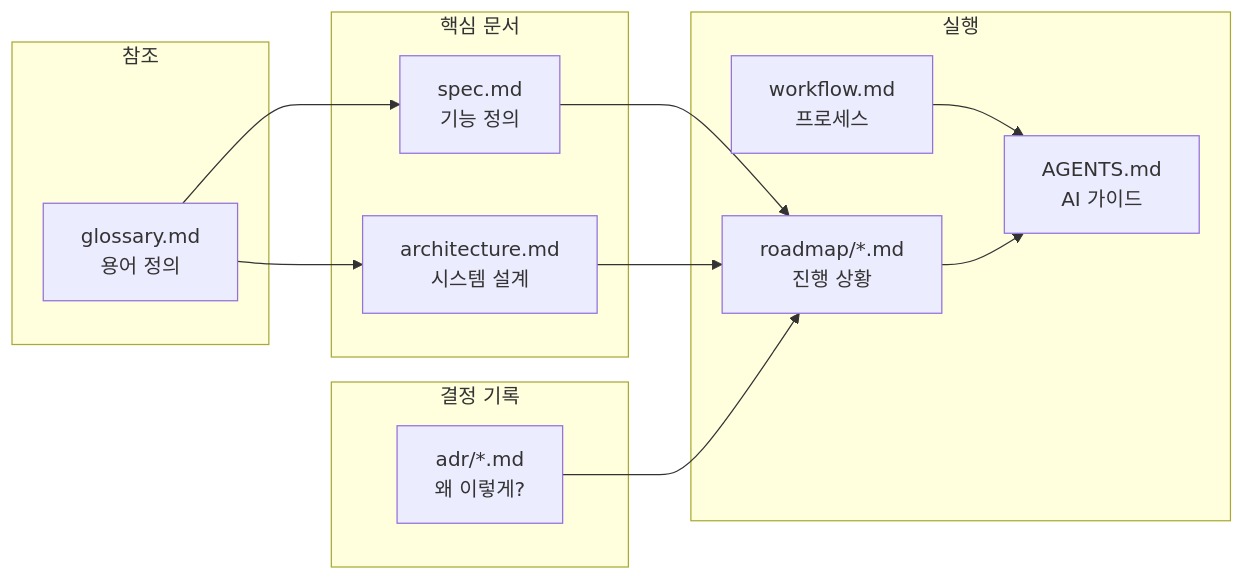
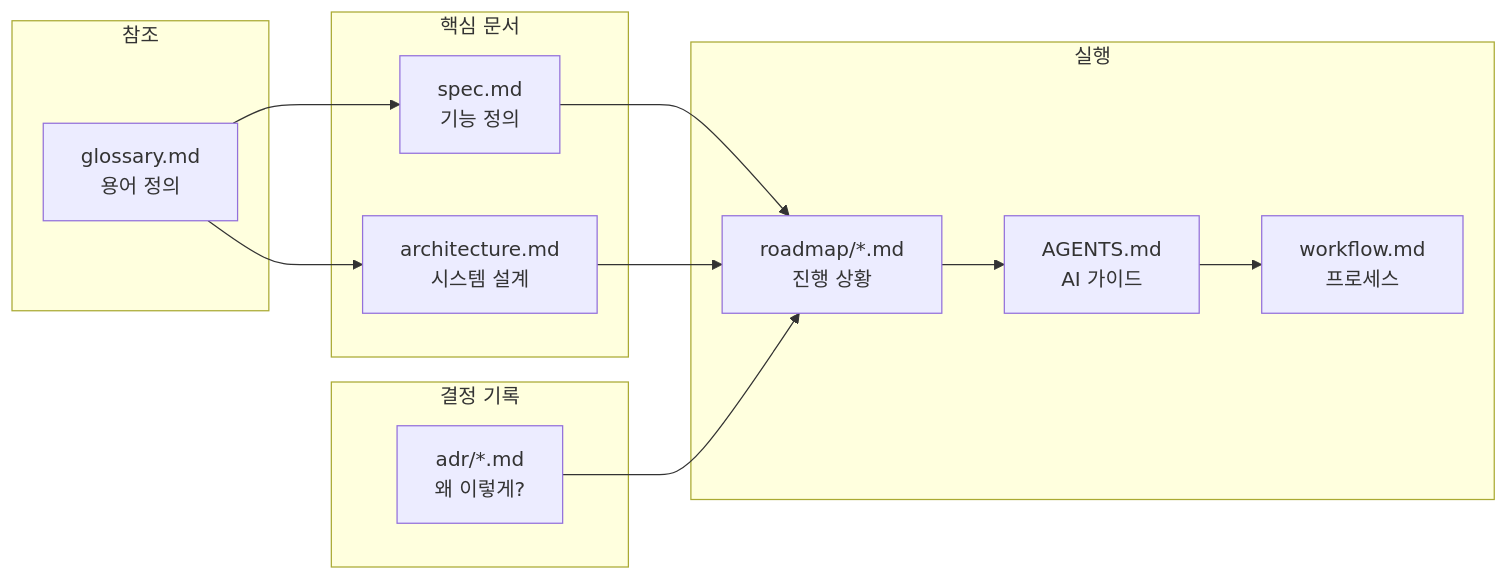
One commit to cagojeiger/code-hub changed the ninth of 10 diagrams in docs/workflow.md. Above: the diagram before and after it, drawn with Mermaid. The commit also changed other lines of this file, not shown here.

First line of the commit message:
docs(workflow): improve process structure and fix logical issues

````diff
--- a/docs/workflow.md
+++ b/docs/workflow.md
@@ -269,31 +358,31 @@
 ```mermaid
 flowchart LR
     subgraph Core["핵심 문서"]
         SPEC[spec.md<br/>기능 정의]
         ARCH[architecture.md<br/>시스템 설계]
     end
 
     subgraph Decisions["결정 기록"]
         ADR[adr/*.md<br/>왜 이렇게?]
     end
 
     subgraph Execution["실행"]
         ROADMAP[roadmap/*.md<br/>진행 상황]
         WORKFLOW[workflow.md<br/>프로세스]
         AGENTS[AGENTS.md<br/>AI 가이드]
     end
 
     subgraph Reference["참조"]
         GLOSSARY[glossary.md<br/>용어 정의]
     end
 
     SPEC --> ROADMAP
     ARCH --> ROADMAP
     ADR --> ROADMAP
 
-    WORKFLOW --> AGENTS
+    AGENTS --> WORKFLOW
     ROADMAP --> AGENTS
 
     GLOSSARY --> SPEC
     GLOSSARY --> ARCH
 ```
````
